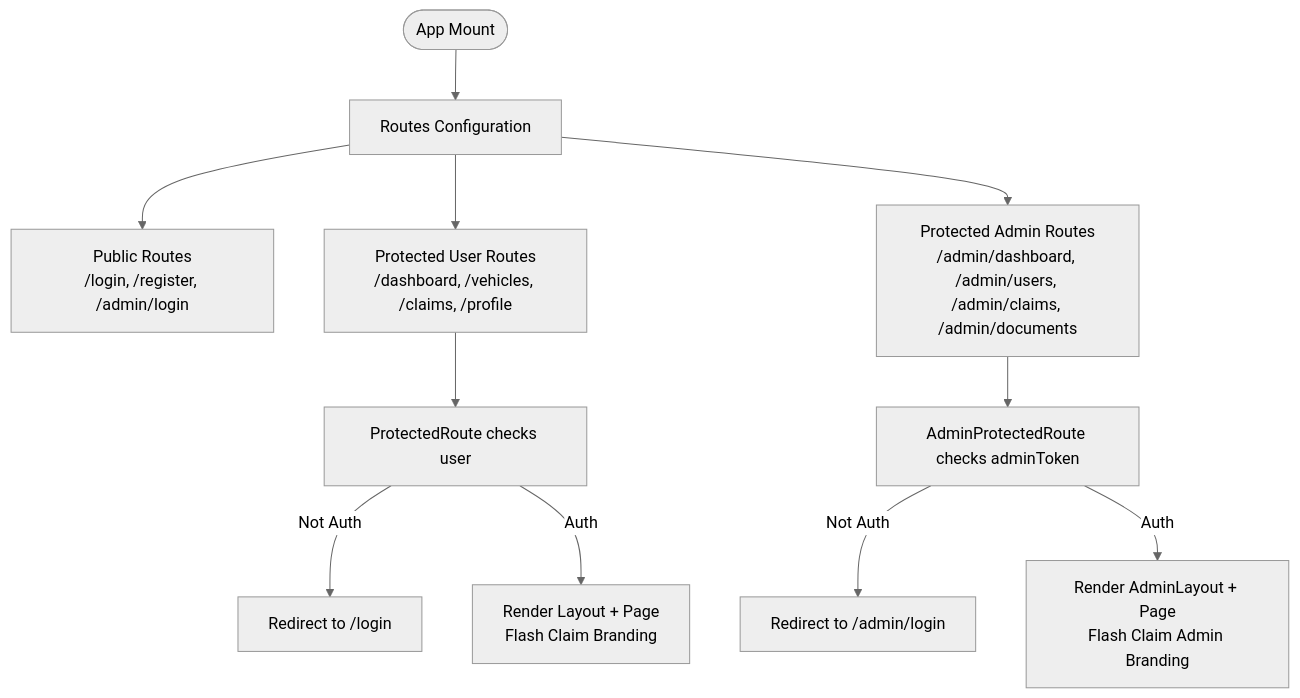
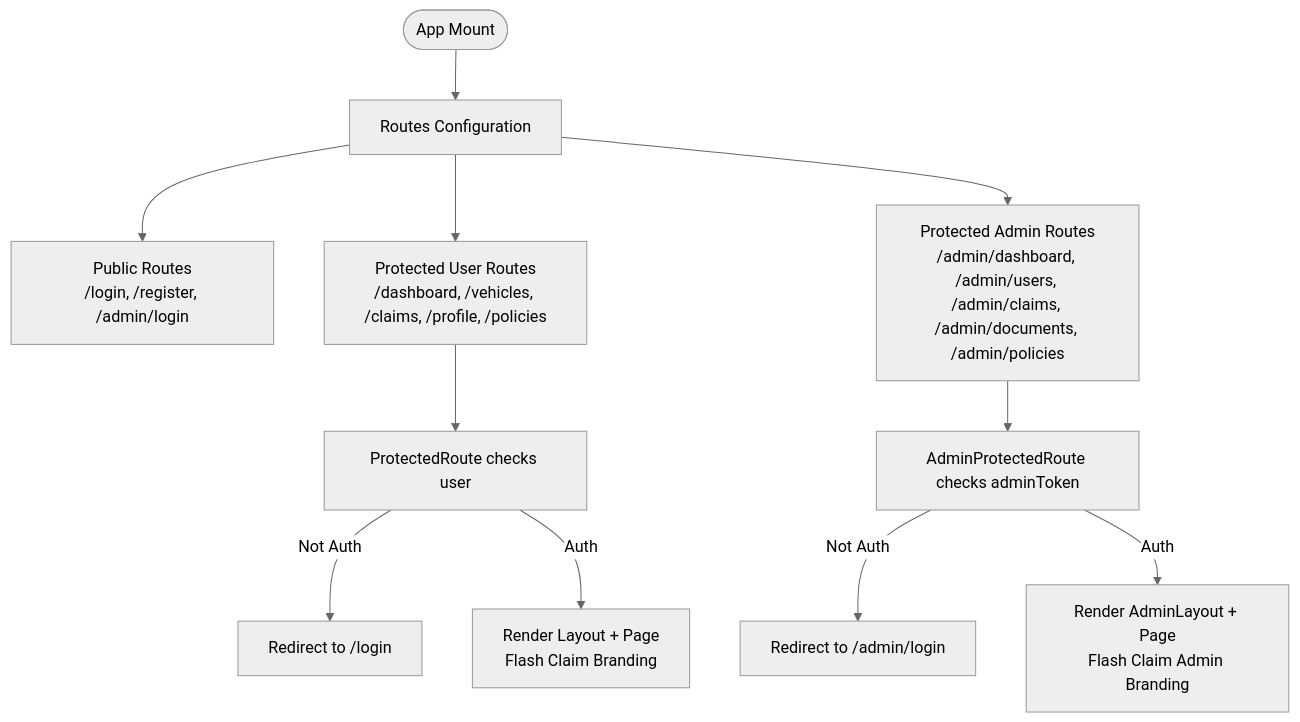
Before and after one commit to NaveenHiranya/Smart-Vehicle-Insurance-Claim-System: the third of 13 diagrams in .qoder/repowiki/en/content/Frontend Documentation/Frontend Documentation.md, drawn with Mermaid (neutral theme). The commit also changed other lines of this file and 38 other files, not shown here.

````diff
--- a/.qoder/repowiki/en/content/Frontend Documentation/Frontend Documentation.md
+++ b/.qoder/repowiki/en/content/Frontend Documentation/Frontend Documentation.md
@@ -161,13 +166,13 @@
 ```mermaid
 flowchart TD
 Start(["App Mount"]) --> Router["Routes Configuration"]
 Router --> Public["Public Routes<br/>/login, /register, /admin/login"]
-Router --> UserProtected["Protected User Routes<br/>/dashboard, /vehicles, /claims, /profile"]
-Router --> AdminProtected["Protected Admin Routes<br/>/admin/dashboard, /admin/users, /admin/claims, /admin/documents"]
+Router --> UserProtected["Protected User Routes<br/>/dashboard, /vehicles, /claims, /profile, /policies"]
+Router --> AdminProtected["Protected Admin Routes<br/>/admin/dashboard, /admin/users, /admin/claims, /admin/documents, /admin/policies"]
 UserProtected --> GuardU["ProtectedRoute checks user"]
 AdminProtected --> GuardA["AdminProtectedRoute checks adminToken"]
 GuardU --> |Not Auth| ToLogin["Redirect to /login"]
 GuardA --> |Not Auth| ToAdminLogin["Redirect to /admin/login"]
 GuardU --> |Auth| RenderUser["Render Layout + Page<br/>Flash Claim Branding"]
 GuardA --> |Auth| RenderAdmin["Render AdminLayout + Page<br/>Flash Claim Admin Branding"]
 ```
````
